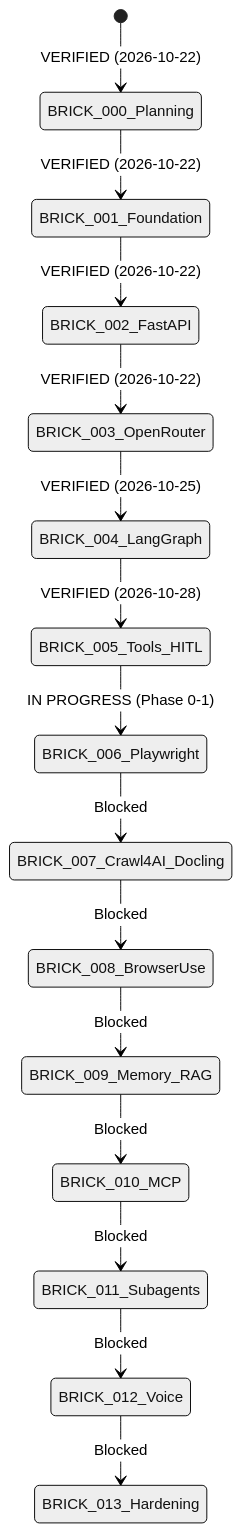
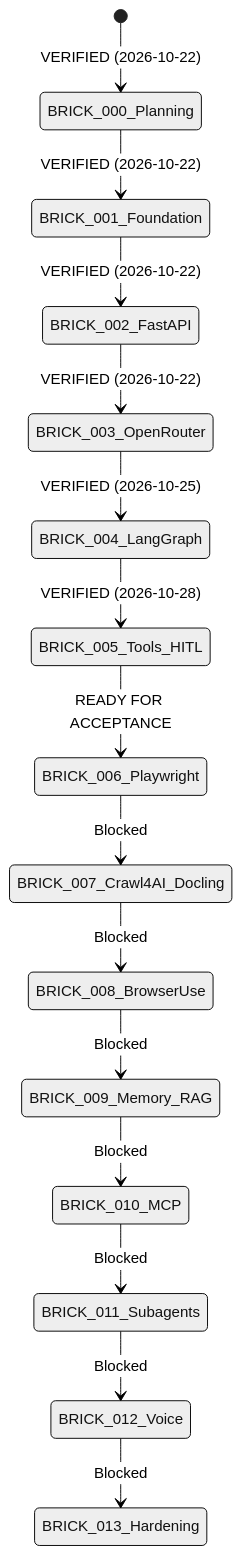
Before and after one commit to Aryramy/javed: the diagram in docs/PROGRESS.md, drawn with Mermaid (neutral theme). The commit also changed other lines of this file and 4 other files, not shown here.

Commit message:
feat(brick-006): complete Phase 10 hardening, Windows teardown audit, governance sync and REPORT-006

````diff
--- a/docs/PROGRESS.md
+++ b/docs/PROGRESS.md
@@ -28,17 +28,17 @@
 ```mermaid
 stateDiagram-v2
     [*] --> BRICK_000_Planning: VERIFIED (2026-10-22)
     BRICK_000_Planning --> BRICK_001_Foundation: VERIFIED (2026-10-22)
     BRICK_001_Foundation --> BRICK_002_FastAPI: VERIFIED (2026-10-22)
     BRICK_002_FastAPI --> BRICK_003_OpenRouter: VERIFIED (2026-10-22)
     BRICK_003_OpenRouter --> BRICK_004_LangGraph: VERIFIED (2026-10-25)
     BRICK_004_LangGraph --> BRICK_005_Tools_HITL: VERIFIED (2026-10-28)
-    BRICK_005_Tools_HITL --> BRICK_006_Playwright: IN PROGRESS (Phase 0-1)
+    BRICK_005_Tools_HITL --> BRICK_006_Playwright: READY FOR ACCEPTANCE
     BRICK_006_Playwright --> BRICK_007_Crawl4AI_Docling: Blocked
     BRICK_007_Crawl4AI_Docling --> BRICK_008_BrowserUse: Blocked
     BRICK_008_BrowserUse --> BRICK_009_Memory_RAG: Blocked
     BRICK_009_Memory_RAG --> BRICK_010_MCP: Blocked
     BRICK_010_MCP --> BRICK_011_Subagents: Blocked
     BRICK_011_Subagents --> BRICK_012_Voice: Blocked
     BRICK_012_Voice --> BRICK_013_Hardening: Blocked
 ```
````
